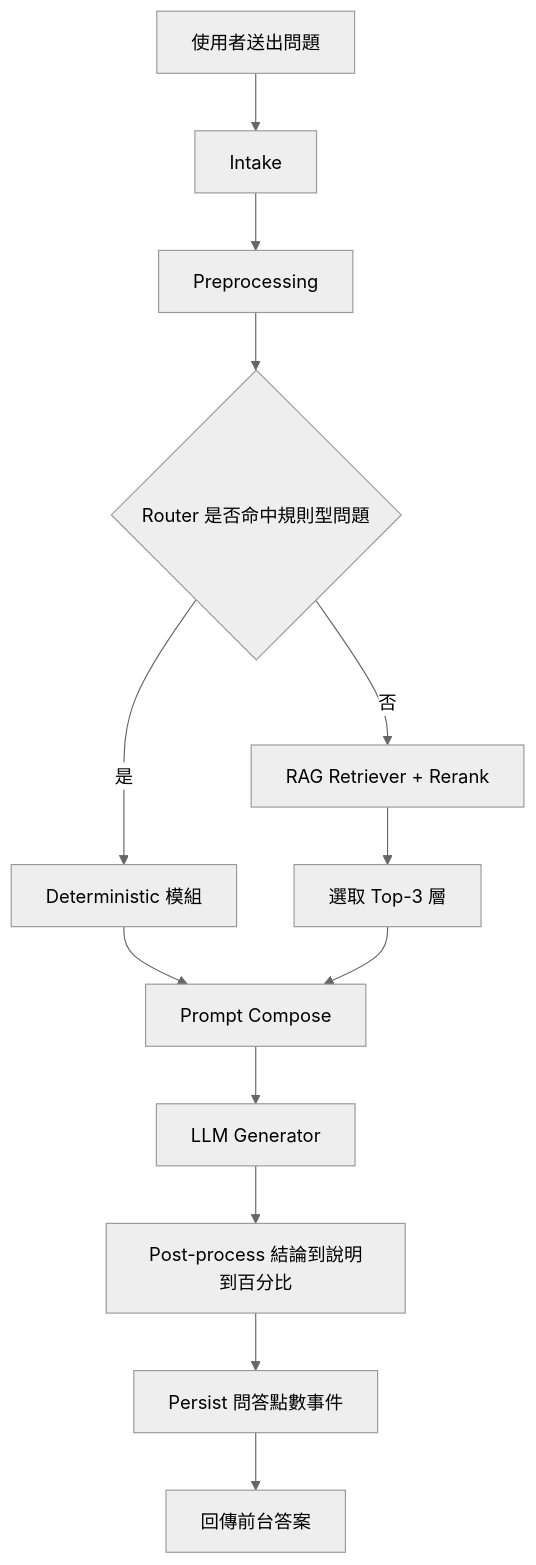
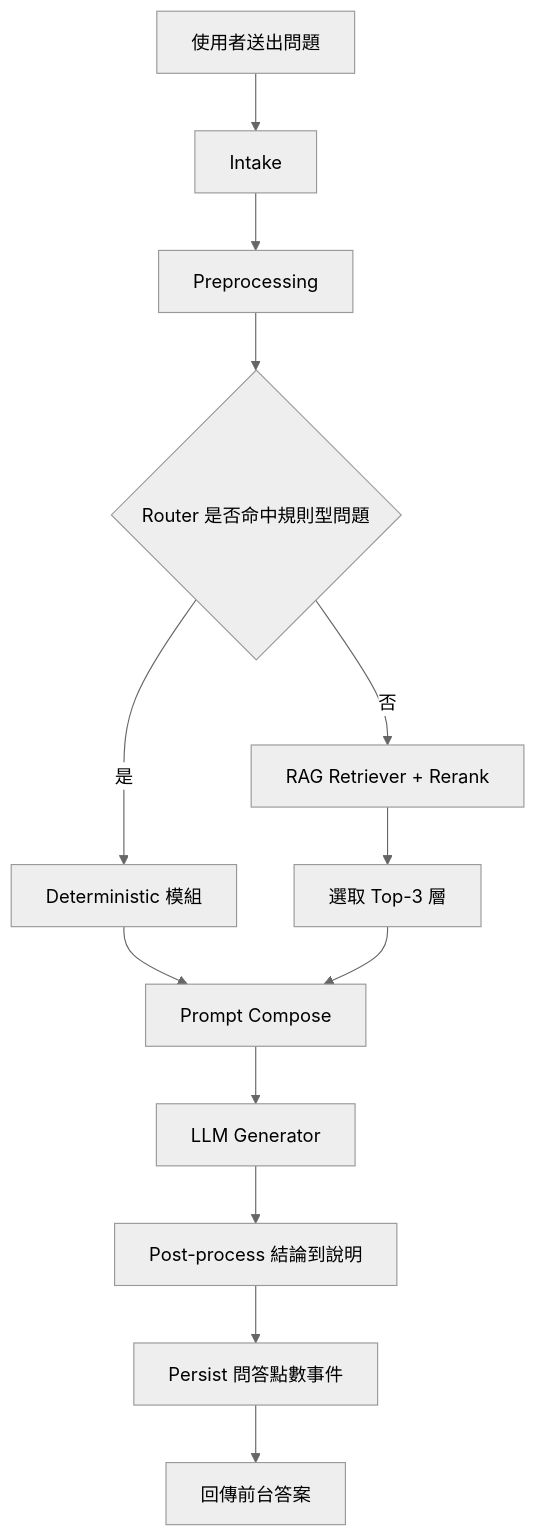
The first of 2 diagrams in docs/PRD.md (kevin1kevin1k/cyber-oracle), drawn with Mermaid (neutral theme) before and after one commit. The commit also changed other lines of this file and 2 other files, not shown here.

Commit message:
docs: update PRD v0.5 and align TODO roadmap

````diff
--- a/docs/PRD.md
+++ b/docs/PRD.md
@@ -70,15 +71,15 @@
 ```mermaid
 flowchart TD
   A[使用者送出問題] --> B[Intake]
   B --> C[Preprocessing]
   C --> D{Router 是否命中規則型問題}
   D -->|是| E[Deterministic 模組]
   D -->|否| F[RAG Retriever + Rerank]
   F --> G[選取 Top-3 層]
   E --> H[Prompt Compose]
   G --> H
   H --> I[LLM Generator]
-  I --> J[Post-process 結論到說明到百分比]
+  I --> J[Post-process 結論到說明]
   J --> K[Persist 問答點數事件]
   K --> L[回傳前台答案]
 ```
````
